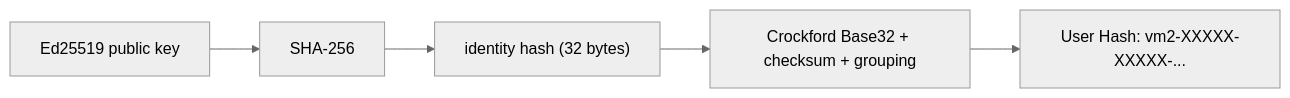
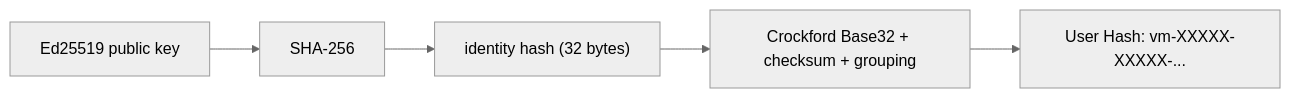
Before and after one commit to 0xAsghar/vMessenger: the fourth of 6 diagrams in docs/Discovery.md, drawn with Mermaid (neutral theme). The commit also changed other lines of this file and 12 other files, not shown here.

````diff
--- a/docs/Discovery.md
+++ b/docs/Discovery.md
@@ -99,7 +99,7 @@
 ```mermaid
 flowchart LR
   Pk["Ed25519 public key"] --> Sha["SHA-256"]
   Sha --> Idh["identity hash (32 bytes)"]
   Idh --> Enc["Crockford Base32 + checksum + grouping"]
-  Enc --> UH["User Hash: vm2-XXXXX-XXXXX-..."]
+  Enc --> UH["User Hash: vm-XXXXX-XXXXX-..."]
 ```
````
